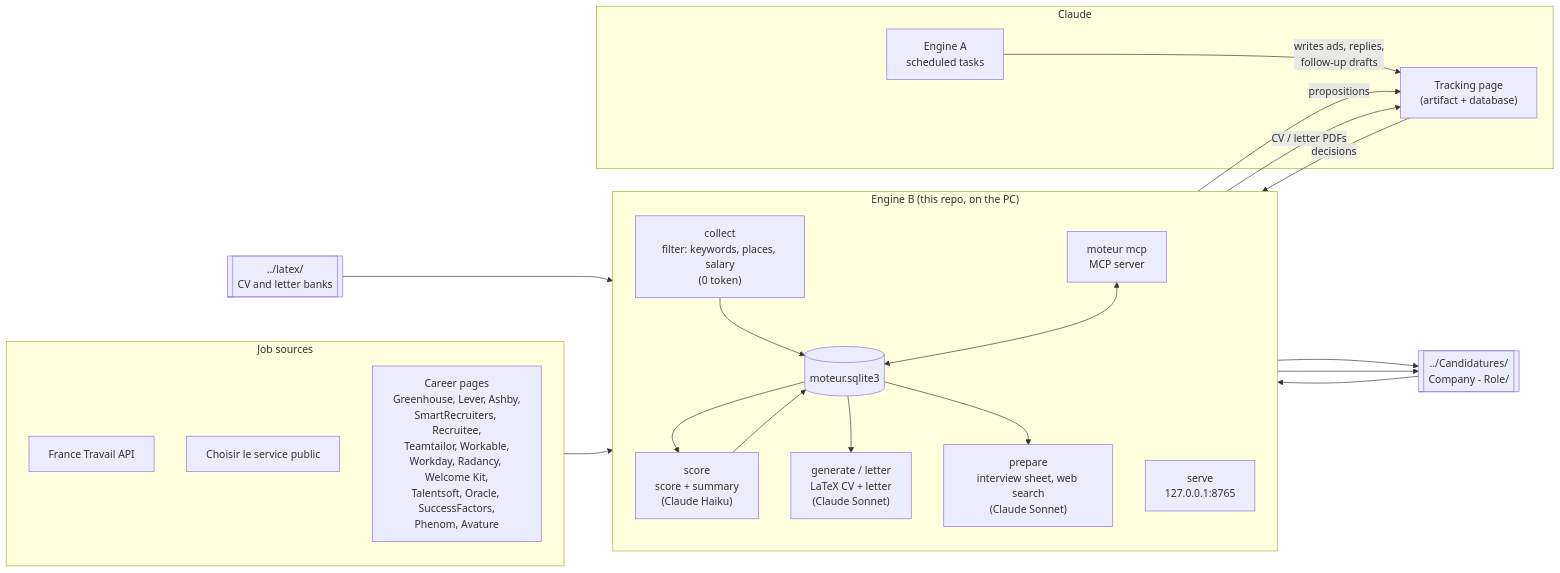
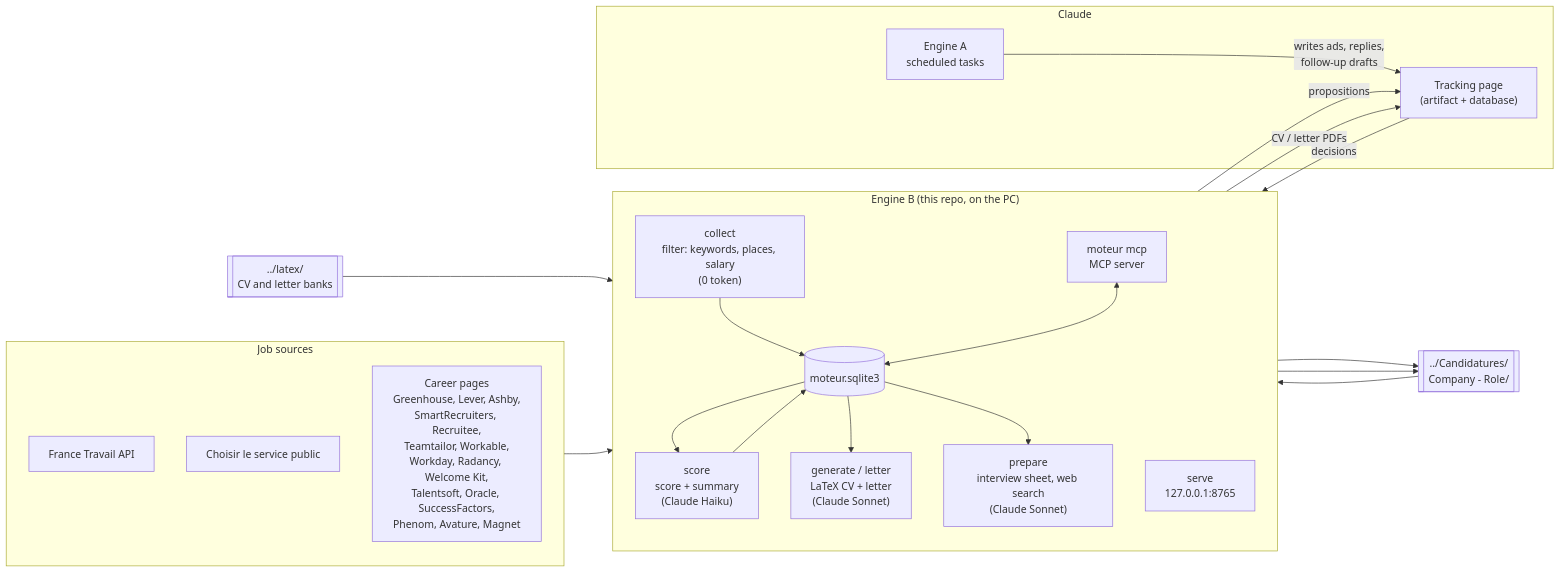
Before and after one commit to antoinebertoux/moteur-candidatures: the first of 2 diagrams in README.md, drawn with Mermaid. The commit also changed other lines of this file and 9 other files, not shown here.

````diff
--- a/README.md
+++ b/README.md
@@ -19,41 +19,41 @@
 ```mermaid
 flowchart LR
     subgraph sources["Job sources"]
         FT["France Travail API"]
         SP["Choisir le service public"]
-        ATS["Career pages<br/>Greenhouse, Lever, Ashby,<br/>SmartRecruiters, Recruitee,<br/>Teamtailor, Workable,<br/>Workday, Radancy, Welcome Kit,<br/>Talentsoft, Oracle, SuccessFactors,<br/>Phenom, Avature"]
+        ATS["Career pages<br/>Greenhouse, Lever, Ashby,<br/>SmartRecruiters, Recruitee,<br/>Teamtailor, Workable,<br/>Workday, Radancy, Welcome Kit,<br/>Talentsoft, Oracle, SuccessFactors,<br/>Phenom, Avature, Magnet"]
     end
 
     subgraph B["Engine B (this repo, on the PC)"]
         direction TB
         COL["collect<br/>filter: keywords, places, salary<br/>(0 token)"]
         DB[("moteur.sqlite3")]
         NOT["score<br/>score + summary<br/>(Claude Haiku)"]
         GEN["generate / letter<br/>LaTeX CV + letter<br/>(Claude Sonnet)"]
         PREP["prepare<br/>interview sheet, web search<br/>(Claude Sonnet)"]
         MCP["moteur mcp<br/>MCP server"]
         SRV["serve<br/>127.0.0.1:8765"]
         COL --> DB --> NOT --> DB
         DB --> GEN
         DB --> PREP
         MCP <--> DB
     end
 
     subgraph claude["Claude"]
         PAGE["Tracking page<br/>(artifact + database)"]
         A["Engine A<br/>scheduled tasks"]
     end
 
     LATEX[["../latex/<br/>CV and letter banks"]]
     OUT[["../Candidatures/<br/>Company - Role/"]]
 
     sources --> COL
     LATEX --> GEN
     GEN --> OUT
     PREP --> OUT
     MCP -- "propositions" --> PAGE
     PAGE -- "decisions" --> MCP
     A -- "writes ads, replies,<br/>follow-up drafts" --> PAGE
     SRV -- "CV / letter PDFs" --> PAGE
     OUT --> SRV
 ```
````
